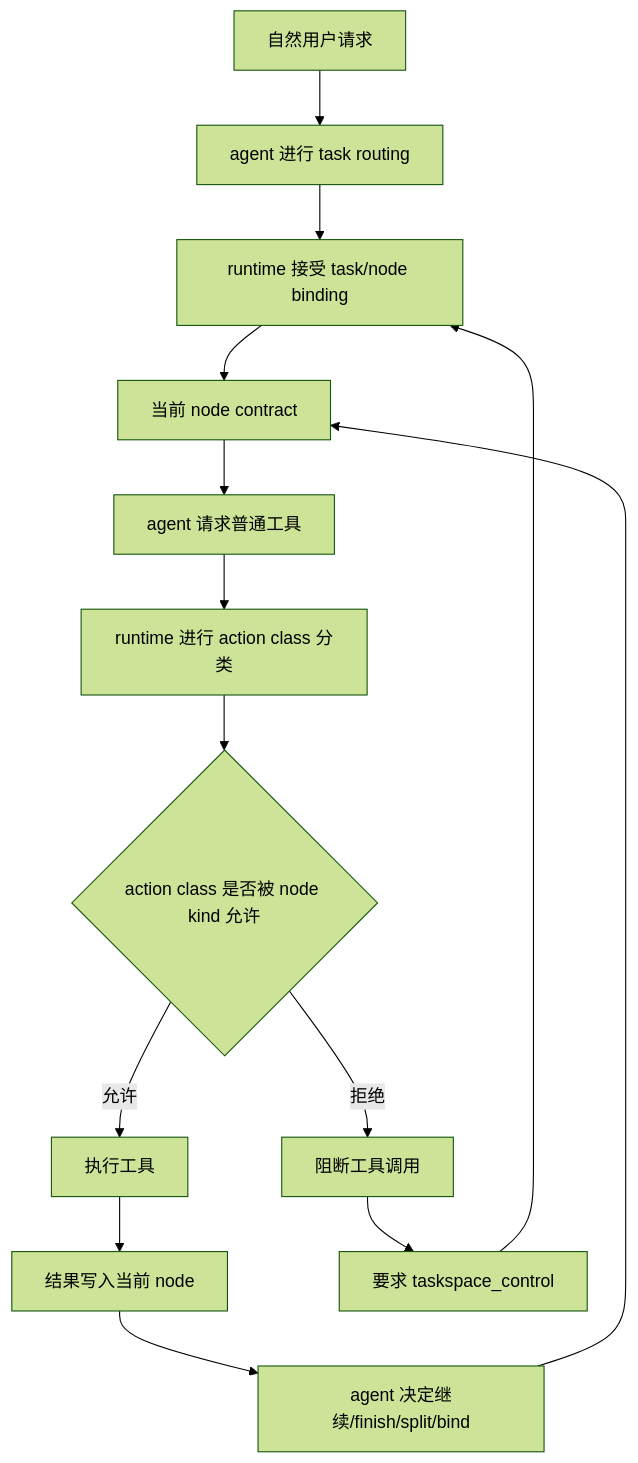
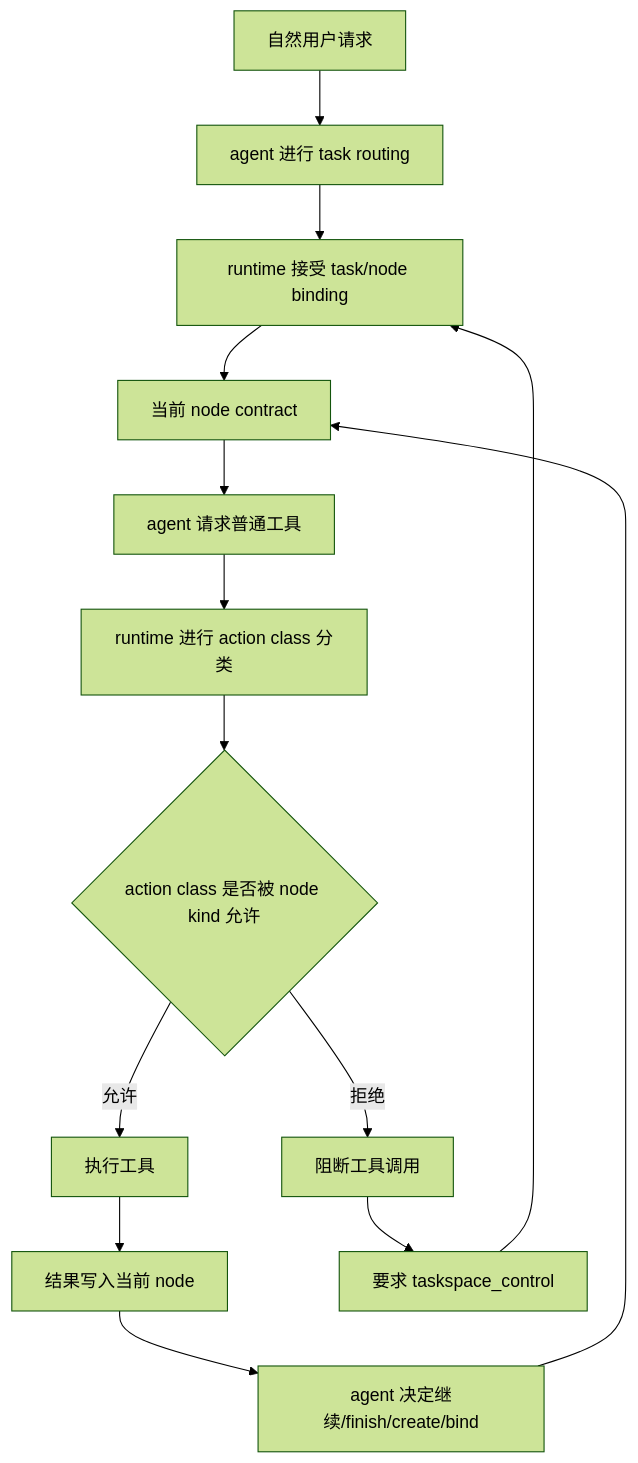
Before and after one commit to ceasarXuu/WhaleCode: the first of 5 diagrams in docs/plans/2026-05-28-map-driven-runtime-control-plane-design.md, drawn with Mermaid (forest theme). The commit also changed other lines of this file, not shown here.

````diff
--- a/docs/plans/2026-05-28-map-driven-runtime-control-plane-design.md
+++ b/docs/plans/2026-05-28-map-driven-runtime-control-plane-design.md
@@ -168,16 +168,16 @@
 ```mermaid
 flowchart TD
   User["自然用户请求"] --> Route["agent 进行 task routing"]
   Route --> Bind["runtime 接受 task/node binding"]
   Bind --> Node["当前 node contract"]
   Node --> ToolReq["agent 请求普通工具"]
   ToolReq --> Classify["runtime 进行 action class 分类"]
   Classify --> Gate{"action class 是否被 node kind 允许"}
   Gate -->|允许| Execute["执行工具"]
   Execute --> Record["结果写入当前 node"]
-  Record --> Decide["agent 决定继续/finish/split/bind"]
+  Record --> Decide["agent 决定继续/finish/create/bind"]
   Decide --> Node
   Gate -->|拒绝| Block["阻断工具调用"]
   Block --> Control["要求 taskspace_control"]
   Control --> Bind
 ```
````
